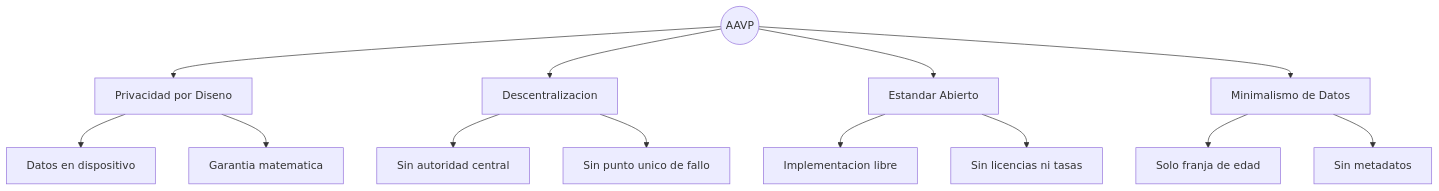
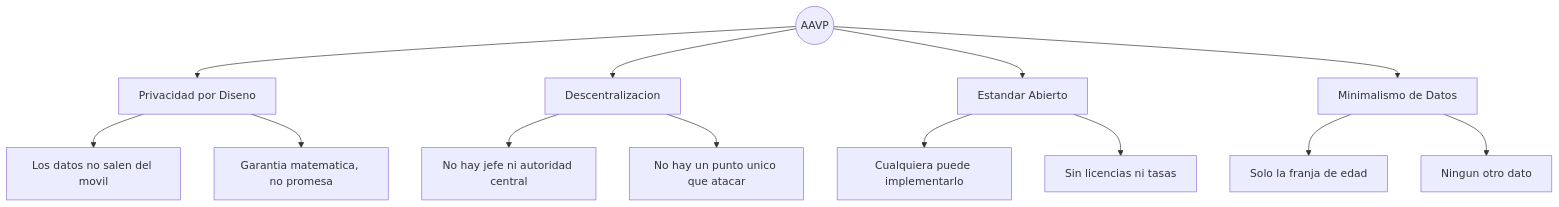
Before and after one commit to jorgej-ramos/AAVP: the third of 4 diagrams in README.md, drawn with Mermaid. The commit also changed other lines of this file and 1 other file, not shown here.

````diff
--- a/README.md
+++ b/README.md
@@ -137,16 +140,16 @@
 ```mermaid
 graph TD
     AAVP((AAVP))
     AAVP --> A[Privacidad por Diseno]
     AAVP --> B[Descentralizacion]
     AAVP --> C[Estandar Abierto]
     AAVP --> D[Minimalismo de Datos]
-    A --> A1[Datos en dispositivo]
-    A --> A2[Garantia matematica]
-    B --> B1[Sin autoridad central]
-    B --> B2[Sin punto unico de fallo]
-    C --> C1[Implementacion libre]
+    A --> A1[Los datos no salen del movil]
+    A --> A2[Garantia matematica, no promesa]
+    B --> B1[No hay jefe ni autoridad central]
+    B --> B2[No hay un punto unico que atacar]
+    C --> C1[Cualquiera puede implementarlo]
     C --> C2[Sin licencias ni tasas]
-    D --> D1[Solo franja de edad]
-    D --> D2[Sin metadatos]
+    D --> D1[Solo la franja de edad]
+    D --> D2[Ningun otro dato]
 ```
````
